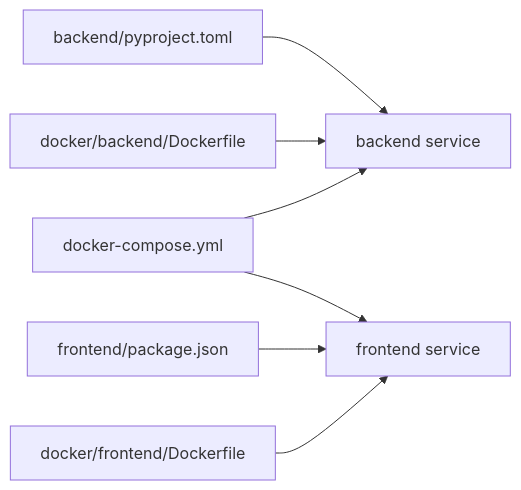
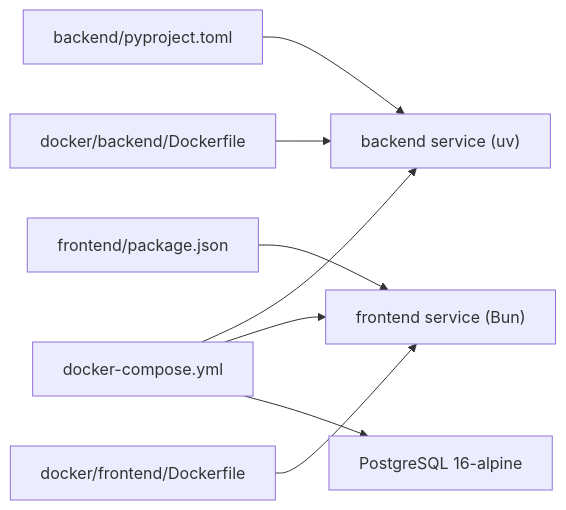
One commit to ss8806/Todos changed the sixth of 6 diagrams in .qoder/repowiki/ja/content/プロジェクト概要.md. Above: the diagram before and after it, drawn with Mermaid. The commit also changed other lines of this file and 6 other files, not shown here.

````diff
--- a/.qoder/repowiki/ja/content/プロジェクト概要.md
+++ b/.qoder/repowiki/ja/content/プロジェクト概要.md
@@ -276,9 +311,10 @@
 ```mermaid
 graph LR
-P_BE["backend/pyproject.toml"] --> S_BE["backend service"]
-P_FE["frontend/package.json"] --> S_FE["frontend service"]
+P_BE["backend/pyproject.toml"] --> S_BE["backend service (uv)"]
+P_FE["frontend/package.json"] --> S_FE["frontend service (Bun)"]
 D_COMPOSE["docker-compose.yml"] --> S_BE
 D_COMPOSE --> S_FE
+D_COMPOSE --> DB["PostgreSQL 16-alpine"]
 D_BE["docker/backend/Dockerfile"] --> S_BE
 D_FE["docker/frontend/Dockerfile"] --> S_FE
 ```
````
